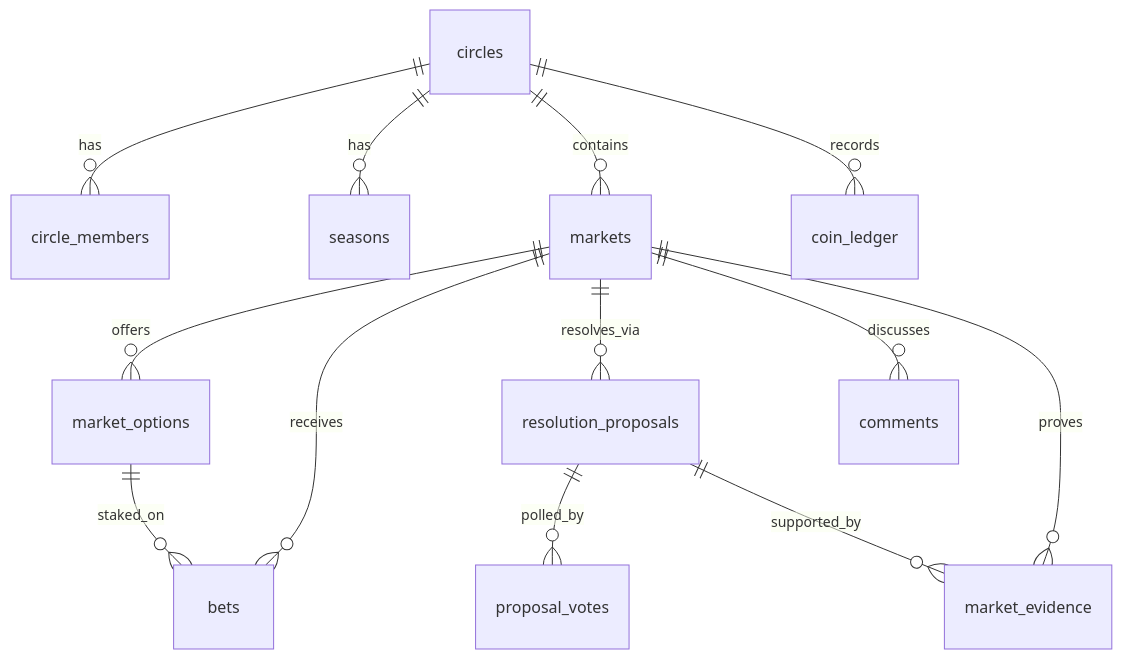
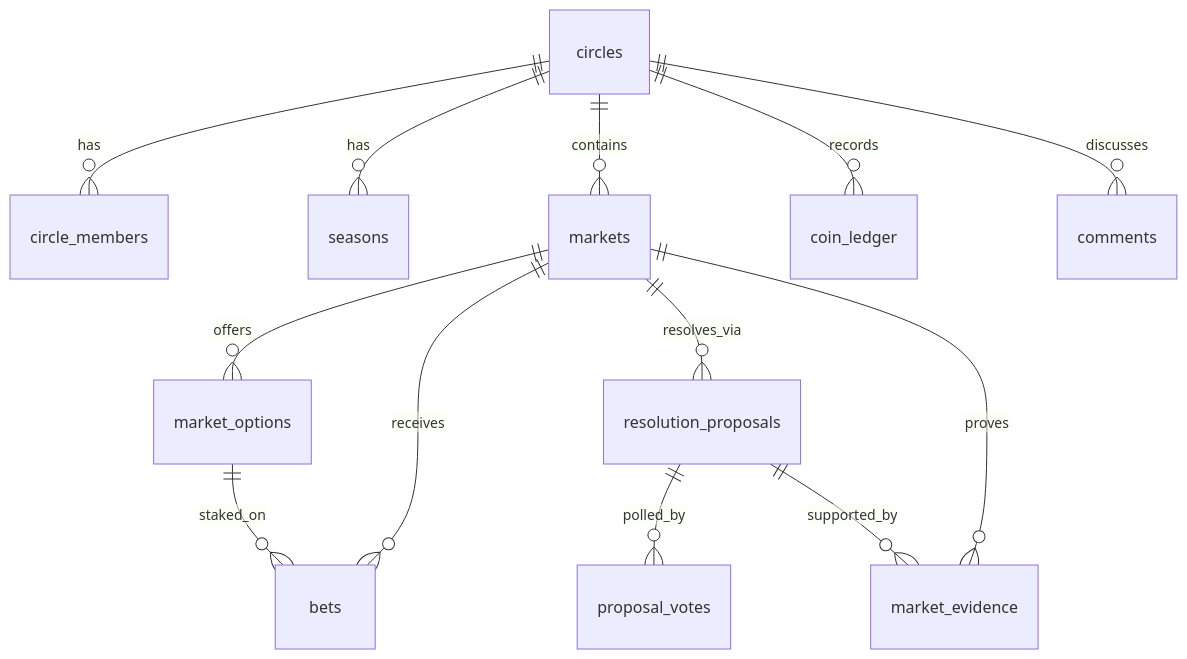
One commit to zfischer42/private-prediction-market changed the diagram in supabase/BACKEND.md. Above: the diagram before and after it, drawn with Mermaid. The commit also changed other lines of this file and 51 other files, not shown here.

````diff
--- a/supabase/BACKEND.md
+++ b/supabase/BACKEND.md
@@ -97,15 +97,15 @@
 ```mermaid
 erDiagram
     circles ||--o{ circle_members : has
     circles ||--o{ seasons : has
     circles ||--o{ markets : contains
     circles ||--o{ coin_ledger : records
+    circles ||--o{ comments : discusses
     markets ||--o{ market_options : offers
     markets ||--o{ bets : receives
     markets ||--o{ resolution_proposals : resolves_via
-    markets ||--o{ comments : discusses
     markets ||--o{ market_evidence : proves
     market_options ||--o{ bets : staked_on
     resolution_proposals ||--o{ proposal_votes : polled_by
     resolution_proposals ||--o{ market_evidence : supported_by
 ```
````
